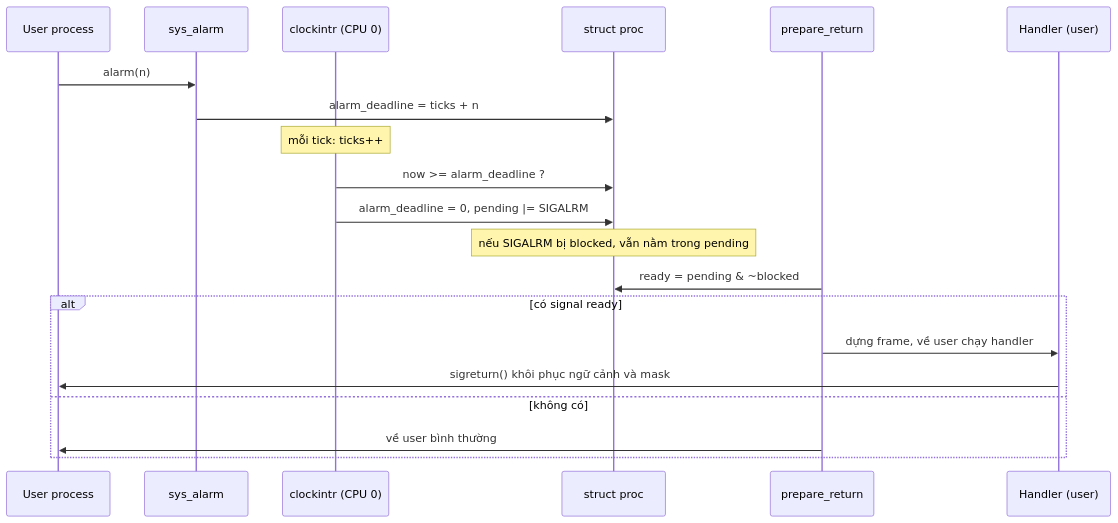
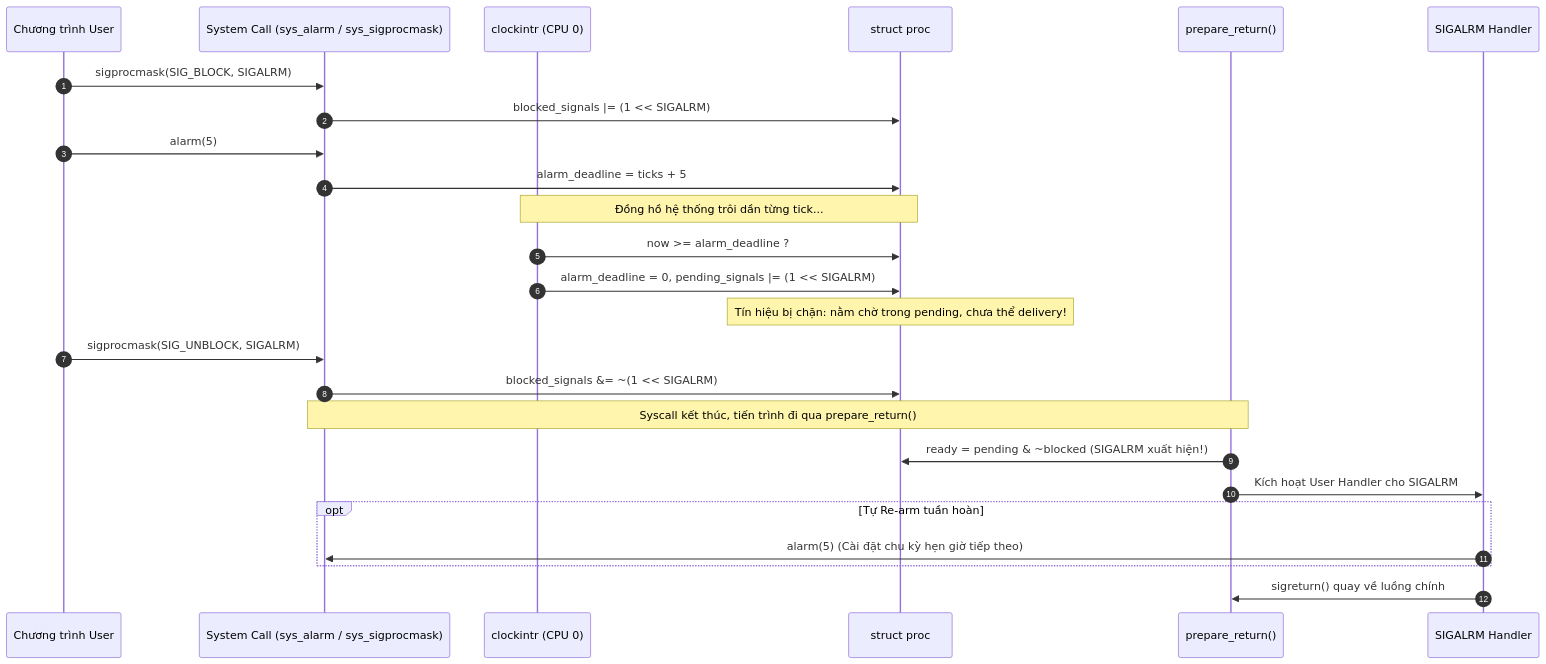
Before and after one commit to Quyenlsme/Project-26106---POSIX-style-signals: the diagram in docs/signal-mask-alarm.md, drawn with Mermaid. The commit also changed other lines of this file and 4 other files, not shown here.

Commit message:
Docs & Core: Chuẩn hóa 3 tài liệu thiết kế và hoàn thiện struct sigaction, locking proc

````diff
--- a/docs/signal-mask-alarm.md
+++ b/docs/signal-mask-alarm.md
@@ -222,23 +161,32 @@
 ```mermaid
 sequenceDiagram
-    participant U as User process
-    participant S as sys_alarm
-    participant T as clockintr (CPU 0)
-    participant P as struct proc
-    participant R as prepare_return
-    participant H as Handler (user)
+    autonumber
+    participant App as Chương trình User
+    participant Sys as System Call (sys_alarm / sys_sigprocmask)
+    participant Clock as clockintr (CPU 0)
+    participant Proc as struct proc
+    participant Trap as prepare_return()
+    participant Handler as SIGALRM Handler
 
-    U->>S: alarm(n)
-    S->>P: alarm_deadline = ticks + n
-    Note over T: mỗi tick: ticks++
-    T->>P: now >= alarm_deadline ?
-    T->>P: alarm_deadline = 0, pending |= SIGALRM
-    Note over P: nếu SIGALRM bị blocked, vẫn nằm trong pending
-    R->>P: ready = pending & ~blocked
-    alt có signal ready
-        R->>H: dựng frame, về user chạy handler
-        H->>U: sigreturn() khôi phục ngữ cảnh và mask
-    else không có
-        R->>U: về user bình thường
+    App->>Sys: sigprocmask(SIG_BLOCK, SIGALRM)
+    Sys->>Proc: blocked_signals |= (1 << SIGALRM)
+    
+    App->>Sys: alarm(5)
+    Sys->>Proc: alarm_deadline = ticks + 5
+    
+    Note over Clock, Proc: Đồng hồ hệ thống trôi dần từng tick...
+    Clock->>Proc: now >= alarm_deadline ?
+    Clock->>Proc: alarm_deadline = 0, pending_signals |= (1 << SIGALRM)
+    Note over Proc: Tín hiệu bị chặn: nằm chờ trong pending, chưa thể delivery!
+    
+    App->>Sys: sigprocmask(SIG_UNBLOCK, SIGALRM)
+    Sys->>Proc: blocked_signals &= ~(1 << SIGALRM)
+    
+    Note over Sys, Trap: Syscall kết thúc, tiến trình đi qua prepare_return()
+    Trap->>Proc: ready = pending & ~blocked (SIGALRM xuất hiện!)
+    Trap->>Handler: Kích hoạt User Handler cho SIGALRM
+    opt Tự Re-arm tuần hoàn
+        Handler->>Sys: alarm(5) (Cài đặt chu kỳ hẹn giờ tiếp theo)
     end
+    Handler->>Trap: sigreturn() quay về luồng chính
 ```
````
